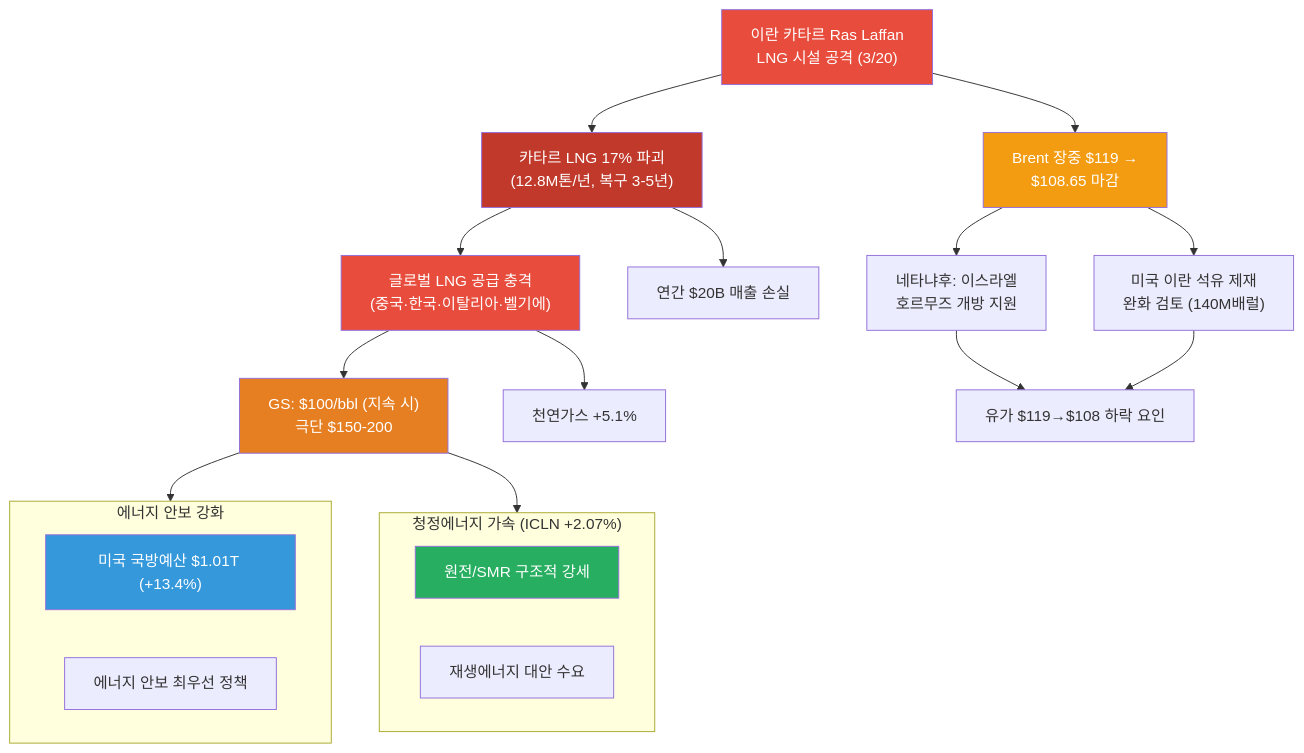
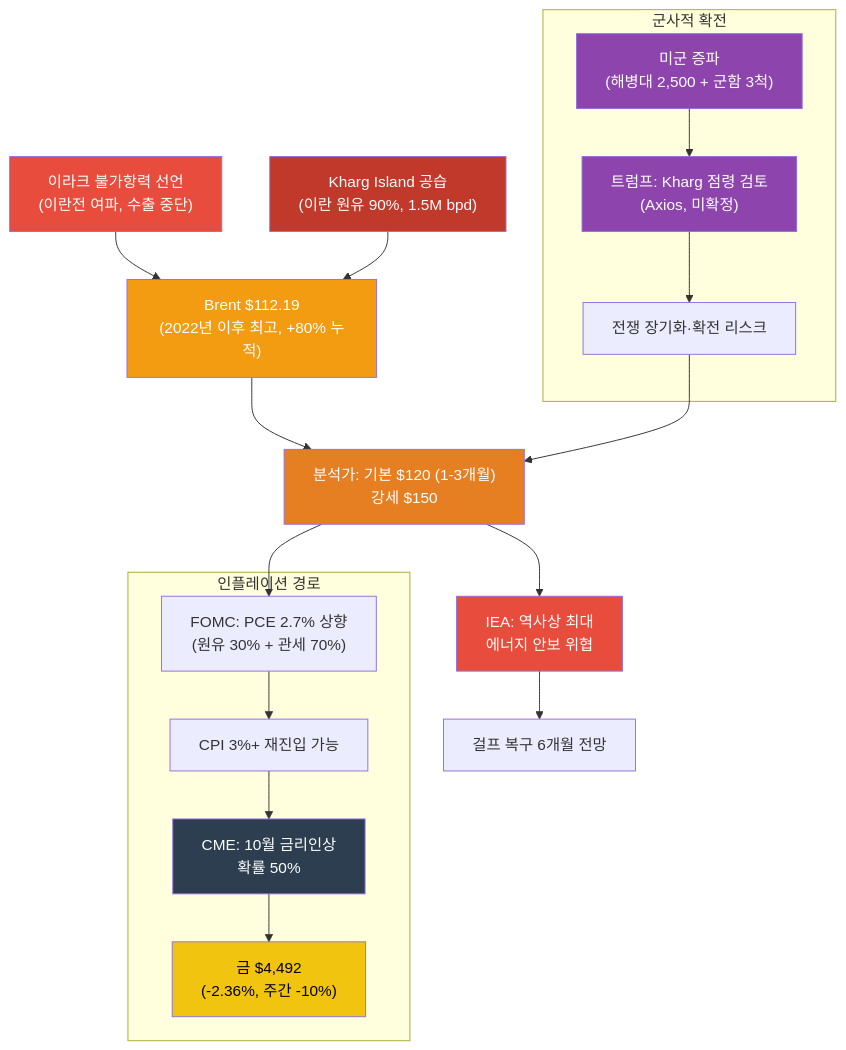
Before and after one commit to dss99911/dss99911.github.io: the first of 11 diagrams in _posts/knowledge/invest/2026-03-07-energy-sector-outlook-2026.md, drawn with Mermaid. The commit also changed other lines of this file and 5 other files, not shown here.

````diff
--- a/_posts/knowledge/invest/2026-03-07-energy-sector-outlook-2026.md
+++ b/_posts/knowledge/invest/2026-03-07-energy-sector-outlook-2026.md
@@ -44,38 +44,42 @@
 ```mermaid
 graph TD
-    A["이란 카타르 Ras Laffan<br/>LNG 시설 공격 (3/20)"] --> B["카타르 LNG 17% 파괴<br/>(12.8M톤/년, 복구 3-5년)"]
-    A --> C["Brent 장중 $119 →<br/>$108.65 마감"]
+    A["이라크 불가항력 선언<br/>(이란전 여파, 수출 중단)"] --> B["Brent $112.19<br/>(2022년 이후 최고, +80% 누적)"]
+    C["Kharg Island 공습<br/>(이란 원유 90%, 1.5M bpd)"] --> B
 
-    B --> D["글로벌 LNG 공급 충격<br/>(중국·한국·이탈리아·벨기에)"]
-    B --> E["연간 $20B 매출 손실"]
+    D["미군 증파<br/>(해병대 2,500 + 군함 3척)"] --> E["트럼프: Kharg 점령 검토<br/>(Axios, 미확정)"]
+    E --> F["전쟁 장기화·확전 리스크"]
 
-    C --> F["네타냐후: 이스라엘<br/>호르무즈 개방 지원"]
-    C --> G["미국 이란 석유 제재<br/>완화 검토 (140M배럴)"]
+    B --> G["분석가: 기본 $120 (1-3개월)<br/>강세 $150"]
+    F --> G
 
-    F --> H["유가 $119→$108 하락 요인"]
-    G --> H
+    G --> H["IEA: 역사상 최대<br/>에너지 안보 위협"]
+    H --> I["걸프 복구 6개월 전망"]
 
-    D --> I["GS: $100/bbl (지속 시)<br/>극단 $150-200"]
-    D --> J["천연가스 +5.1%"]
+    G --> J["FOMC: PCE 2.7% 상향<br/>(원유 30% + 관세 70%)"]
+    J --> K["CPI 3%+ 재진입 가능"]
+    K --> L["CME: 10월 금리인상<br/>확률 50%"]
+    L --> M["금 $4,492<br/>(-2.36%, 주간 -10%)"]
 
-    subgraph defense["에너지 안보 강화"]
-        K["미국 국방예산 $1.01T (+13.4%)"]
-        L["에너지 안보 최우선 정책"]
+    subgraph military["군사적 확전"]
+        D
+        E
+        F
     end
 
-    subgraph clean["청정에너지 가속 (ICLN +2.07%)"]
-        M["원전/SMR 구조적 강세"]
-        N["재생에너지 대안 수요"]
+    subgraph inflation["인플레이션 경로"]
+        J
+        K
+        L
+        M
     end
 
-    I --> defense
-    I --> clean
-
     style A fill:#e74c3c,color:#fff
-    style B fill:#c0392b,color:#fff
-    style C fill:#f39c12,color:#fff
-    style D fill:#e74c3c,color:#fff
-    style I fill:#e67e22,color:#fff
-    style K fill:#3498db,color:#fff
-    style M fill:#27ae60,color:#fff
+    style C fill:#c0392b,color:#fff
+    style B fill:#f39c12,color:#fff
+    style D fill:#8e44ad,color:#fff
+    style E fill:#8e44ad,color:#fff
+    style G fill:#e67e22,color:#fff
+    style H fill:#e74c3c,color:#fff
+    style L fill:#2c3e50,color:#fff
+    style M fill:#f1c40f,color:#000
 ```
````
